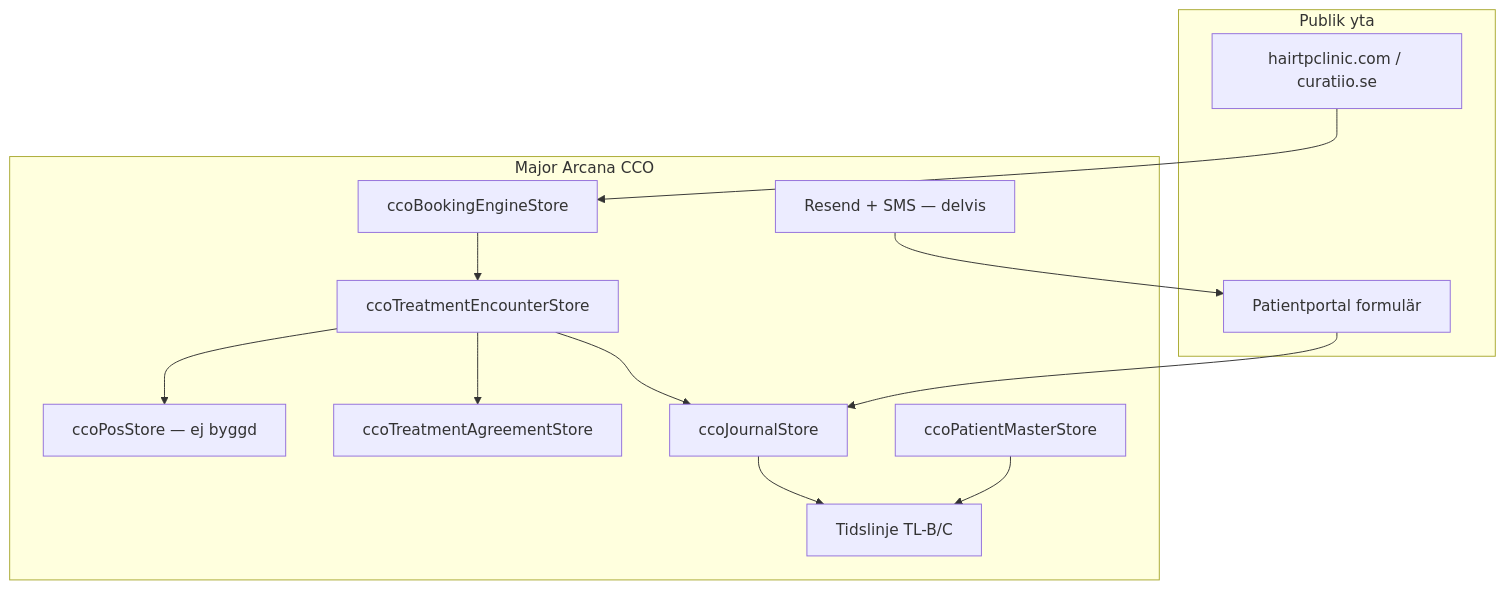
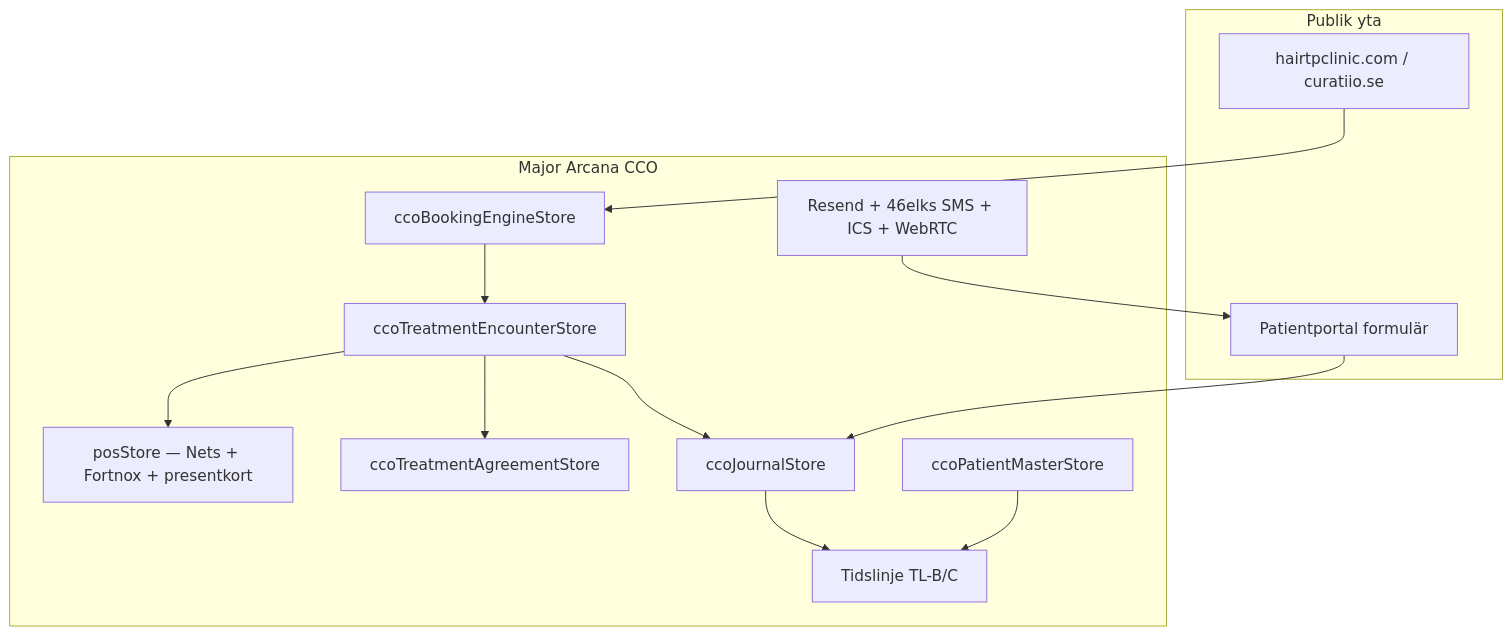
Before and after one commit to Fazliilzaf/major-arcana: the diagram in docs/strategy/CCO-UNIFIED-SYSTEM-PLAN.md, drawn with Mermaid. The commit also changed other lines of this file, not shown here.

First line of the commit message:
docs: update CCO-UNIFIED-SYSTEM-PLAN — 100% complete, all gaps closed

````diff
--- a/docs/strategy/CCO-UNIFIED-SYSTEM-PLAN.md
+++ b/docs/strategy/CCO-UNIFIED-SYSTEM-PLAN.md
@@ -68,28 +68,28 @@
 ```mermaid
 flowchart TB
   subgraph public [Publik yta]
     WEB[hairtpclinic.com / curatiio.se]
     PORTAL[Patientportal formulär]
   end
 
   subgraph cco [Major Arcana CCO]
     BOOK[ccoBookingEngineStore]
     ENC[ccoTreatmentEncounterStore]
     JOUR[ccoJournalStore]
     CONS[ccoTreatmentAgreementStore]
-    POS[ccoPosStore — ej byggd]
-    COMM[Resend + SMS — delvis]
+    POS[posStore — Nets + Fortnox + presentkort]
+    COMM[Resend + 46elks SMS + ICS + WebRTC]
     PAT[ccoPatientMasterStore]
     TL[Tidslinje TL-B/C]
   end
 
   WEB --> BOOK
   BOOK --> ENC
   ENC --> JOUR
   ENC --> CONS
   ENC --> POS
   PORTAL --> JOUR
   JOUR --> TL
   PAT --> TL
   COMM --> PORTAL
 ```
````
